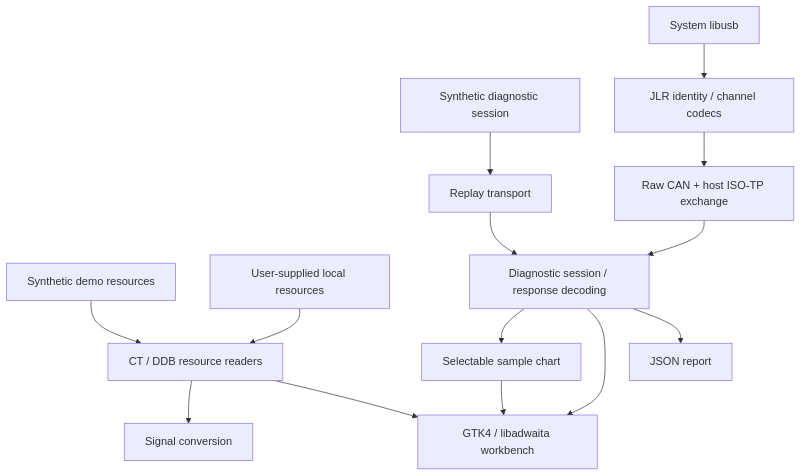
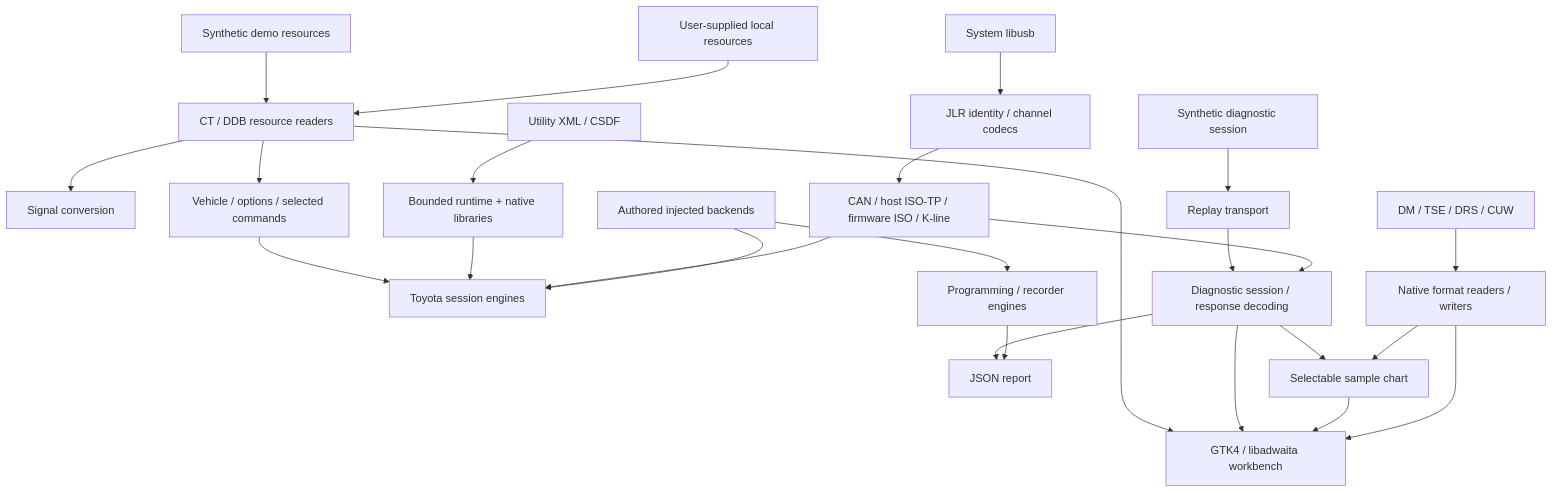
Before and after one commit to gon7187/techstream: the diagram in docs/architecture.md, drawn with Mermaid. The commit also changed other lines of this file and 149 other files, not shown here.

Commit message:
Document paused port status, roadmap and Luna repository graph

````diff
--- a/docs/architecture.md
+++ b/docs/architecture.md
@@ -5,16 +5,27 @@
 ```mermaid
 flowchart TD
     Demo[Synthetic demo resources] --> Catalog[CT / DDB resource readers]
     Local[User-supplied local resources] --> Catalog
     Catalog --> UI[GTK4 / libadwaita workbench]
     Catalog --> Conversion[Signal conversion]
+    Catalog --> Profiles[Vehicle / options / selected commands]
+    Profiles --> Toyota[Toyota session engines]
     Fixture[Synthetic diagnostic session] --> Replay[Replay transport]
     Replay --> Diagnostics[Diagnostic session / response decoding]
     Diagnostics --> Report[JSON report]
     Diagnostics --> UI
     Diagnostics --> Chart[Selectable sample chart]
     Chart --> UI
+    NativeFiles[DM / TSE / DRS / CUW] --> Files[Native format readers / writers]
+    Files --> Chart
+    Files --> UI
+    XML[Utility XML / CSDF] --> Scripts[Bounded runtime + native libraries]
+    Scripts --> Toyota
     USB[System libusb] --> JLR[JLR identity / channel codecs]
-    JLR --> ISO[Raw CAN + host ISO-TP exchange]
+    JLR --> ISO[CAN / host ISO-TP / firmware ISO / K-line]
     ISO --> Diagnostics
+    ISO --> Toyota
+    Fakes[Authored injected backends] --> Toyota
+    Fakes --> Programming[Programming / recorder engines]
+    Programming --> Report
 ```
````
